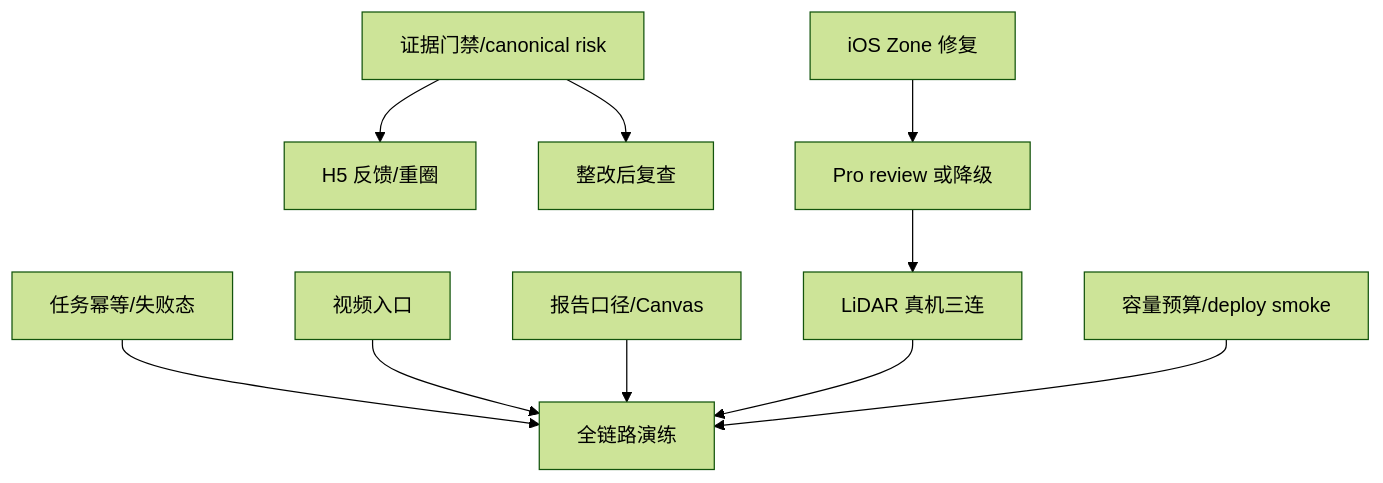
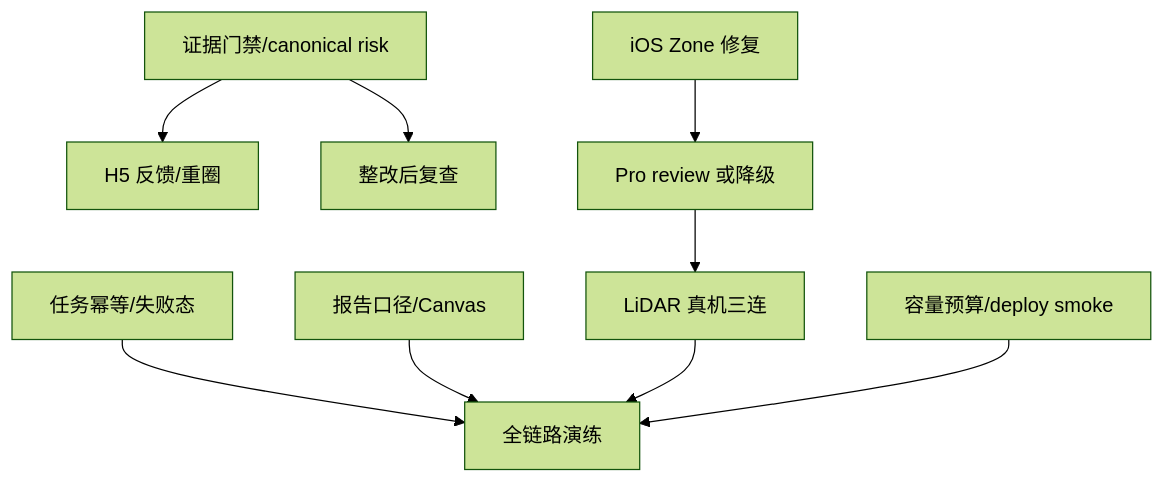
The diagram in FINAL_ROUND_ROADMAP.md (banshanbans/Hack), drawn with Mermaid (forest theme) before and after one commit. The commit also changed other lines of this file and 138 other files, not shown here.

````diff
--- a/FINAL_ROUND_ROADMAP.md
+++ b/FINAL_ROUND_ROADMAP.md
@@ -366,12 +368,11 @@
 ```mermaid
 flowchart TD
     A["任务幂等/失败态"] --> G["全链路演练"]
     B["证据门禁/canonical risk"] --> C["H5 反馈/重圈"]
     B --> D["整改后复查"]
-    E["视频入口"] --> G
     F["报告口径/Canvas"] --> G
     H["iOS Zone 修复"] --> I["Pro review 或降级"]
     I --> J["LiDAR 真机三连"]
     J --> G
     K["容量预算/deploy smoke"] --> G
 ```
````
